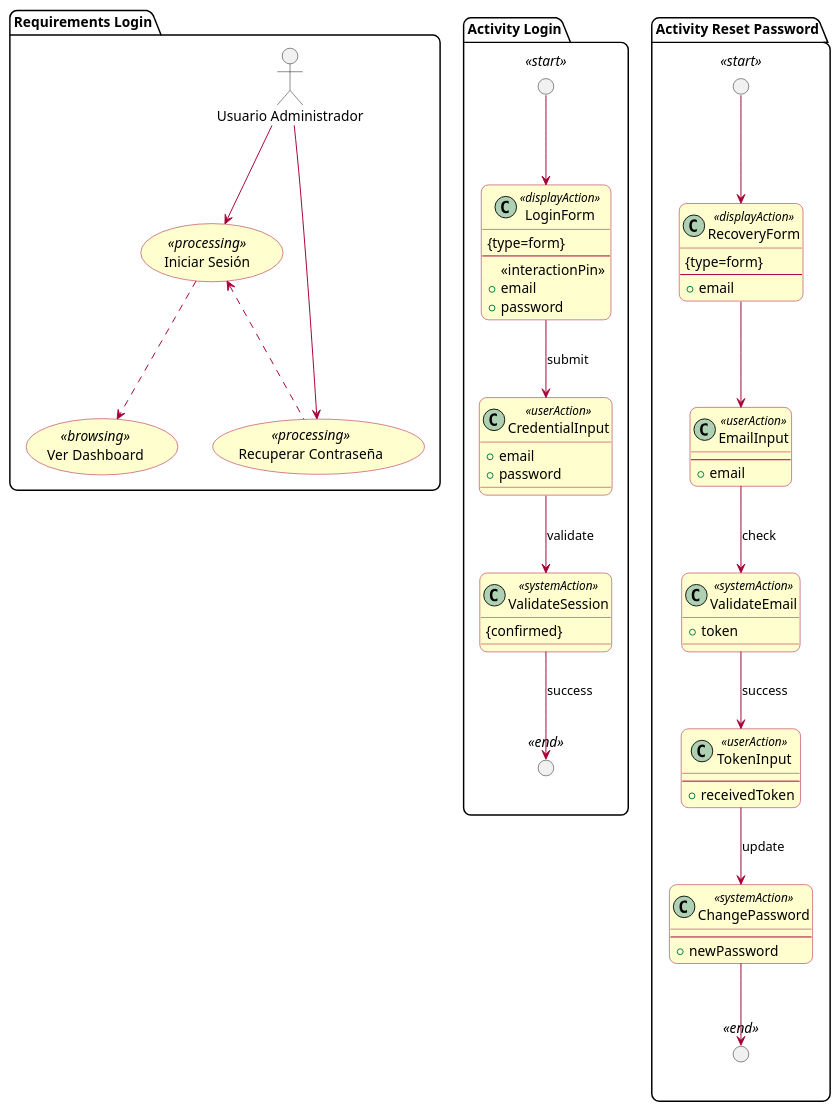
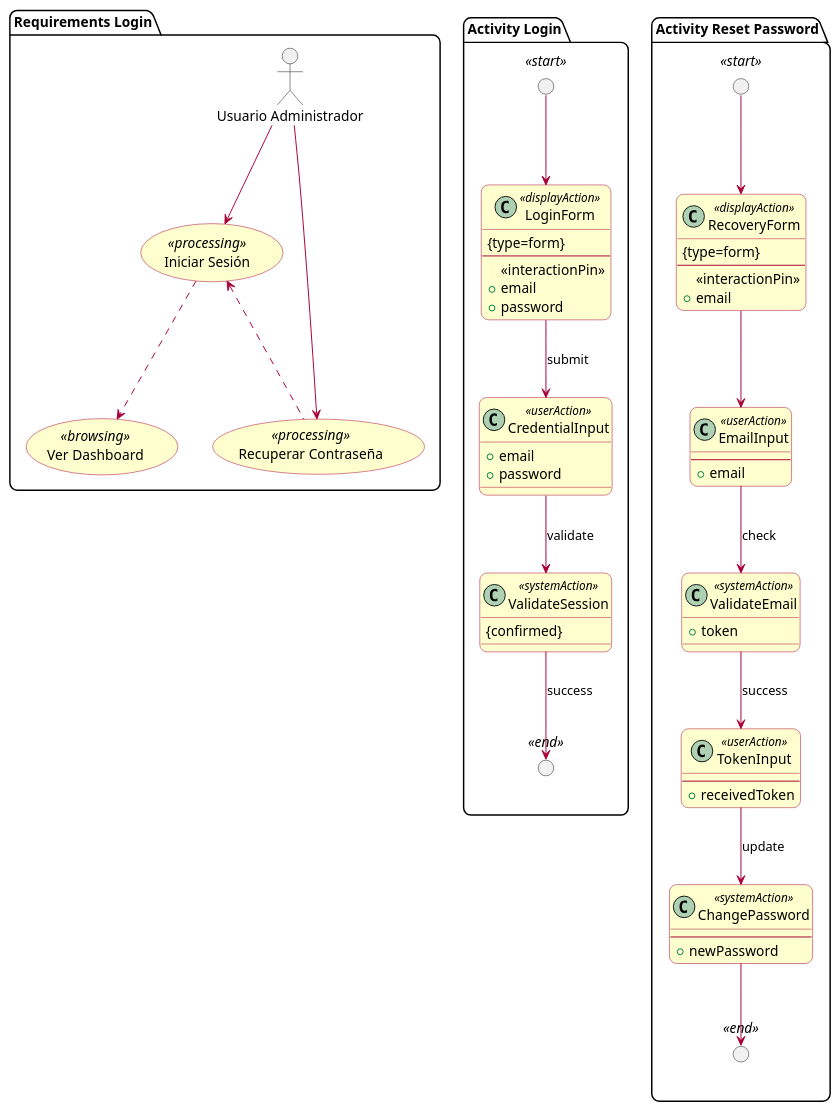
Before and after one commit to AinsleyJack/UWE-Tienda-Colectiva: the diagram in Requirements Model/Login/login_requirements.puml, drawn with PlantUML. The commit also changed 1 other file, not shown here.

```diff
--- a/Requirements Model/Login/login_requirements.puml
+++ b/Requirements Model/Login/login_requirements.puml
@@ -1,96 +1,97 @@
 @startuml login_requirements
 allow_mixing
 
 skinparam shadow false
 
 skinparam roundCorner 15
 skinparam class {
   BackgroundColor #FEFECE
   BorderColor #A80036
   ArrowColor #A80036
 }
 skinparam usecase {
   BackgroundColor #FEFECE
   BorderColor #A80036
   ArrowColor #A80036
 }
 
 package "Requirements Login" {
   usecase "Iniciar Sesión" as Login <<processing>>
   usecase "Recuperar Contraseña" as Recover <<processing>>
   usecase "Ver Dashboard" as ViewDash <<browsing>>
   
   actor "Usuario Administrador" as User
 }
 
 User --> Login
 User --> Recover
 Login ..> ViewDash 
 Login <.. Recover 
 
 package "Activity Login" {
   circle " " as AL_Start <<start>>
   circle " " as AL_End <<end>>
   skinparam circleBackgroundColor black
 
   class "LoginForm" as AL_Form <<displayAction>> {
     {type=form}
     --
     <<interactionPin>>
     + email
     + password
   }
   
   class "CredentialInput" as AL_Input <<userAction>> {
 
     + email
     + password
   }
   
   class "ValidateSession" as AL_Process <<systemAction>> {
     {confirmed}
   }
   
   AL_Start --> AL_Form
   AL_Form --> AL_Input : submit
   AL_Input --> AL_Process : validate
   AL_Process --> AL_End : success
 }
 
 package "Activity Reset Password" {
   circle " " as AR_Start <<start>>
   circle " " as AR_End <<end>>
 
   class "RecoveryForm" as AR_Form <<displayAction>> {
     {type=form}
     --
+    <<interactionPin>>
     + email
   }
   
   class "EmailInput" as AR_Input <<userAction>> {
     --
     + email
   }
   
   class "ValidateEmail" as AR_ValEmail <<systemAction>> {
     + token
   }
   
   class "TokenInput" as AR_Token <<userAction>> {
     --
     + receivedToken
   }
   
   class "ChangePassword" as AR_Change <<systemAction>> {
     --
     + newPassword
   }
   
   AR_Start --> AR_Form
   AR_Form --> AR_Input
   AR_Input --> AR_ValEmail : check
   AR_ValEmail --> AR_Token : success
   AR_Token --> AR_Change : update
   AR_Change --> AR_End
 }
 @enduml
```
